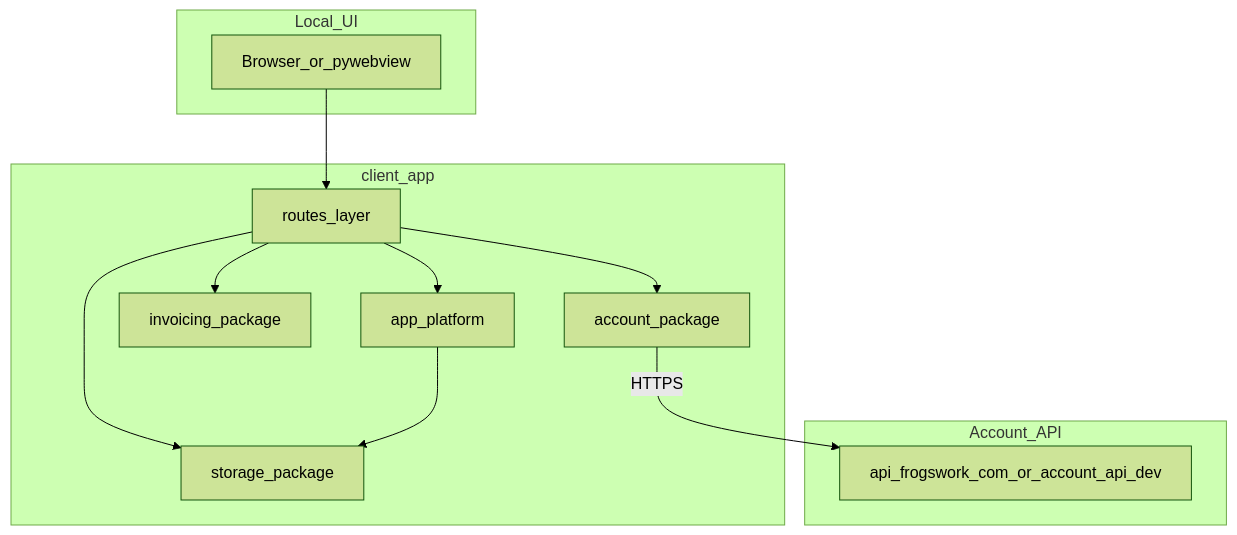
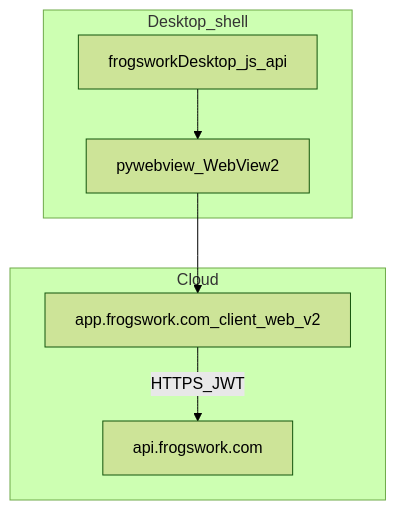
One commit to KorraOne/FrogsWorkInvoicer changed the diagram in client_app/ARCHITECTURE.md. Above: the diagram before and after it, drawn with Mermaid (forest theme). The commit also changed other lines of this file and 6 other files, not shown here.

Commit message:
Document Cloud desktop shell packaging and client parity.

````diff
--- a/client_app/ARCHITECTURE.md
+++ b/client_app/ARCHITECTURE.md
@@ -7,23 +7,14 @@
 ```mermaid
 flowchart TB
-    subgraph ui [Local_UI]
-        Browser[Browser_or_pywebview]
+    subgraph shell [Desktop_shell]
+        WebView[pywebview_WebView2]
+        Bridge[frogsworkDesktop_js_api]
     end
-    subgraph flask [client_app]
-        Routes[routes_layer]
-        StoragePkg[storage_package]
-        AccountPkg[account_package]
-        InvoicingPkg[invoicing_package]
-        AppPlatform[app_platform]
+    subgraph cloud [Cloud]
+        App[app.frogswork.com_client_web_v2]
+        API[api.frogswork.com]
     end
-    subgraph remote [Account_API]
-        API[api_frogswork_com_or_account_api_dev]
-    end
-    Browser --> Routes
-    Routes --> StoragePkg
-    Routes --> AccountPkg
-    Routes --> InvoicingPkg
-    Routes --> AppPlatform
-    AccountPkg -->|HTTPS| API
-    AppPlatform --> StoragePkg
+    WebView --> App
+    Bridge --> WebView
+    App -->|HTTPS_JWT| API
 ```
````
